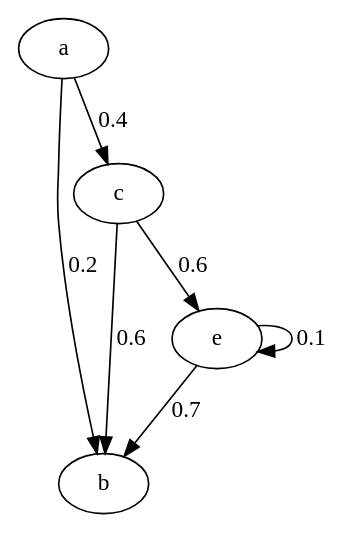
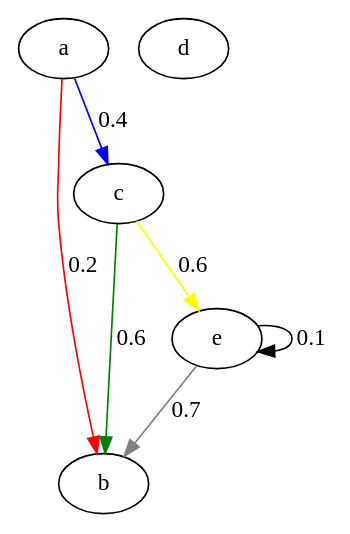
The diagram in grafos/graph_6.dot (gustavomaltanv/grafos), drawn with Graphviz before and after one commit. The commit also changed 8 other files, not shown here.

```diff
--- a/grafos/graph_6.dot
+++ b/grafos/graph_6.dot
@@ -1,8 +1,13 @@
-digraph {
-    a -> b[label="0.2"];
-    a -> c[label="0.4"];
-    c -> b[label="0.6"];
-    c -> e[label="0.6"];
-    e -> e[label="0.1"];
-    e -> b[label="0.7"];
+digraph graph_6 {
+    a;
+    b;
+    c;
+    d;
+    e;
+    a -> b [label="0.2" color="red"];
+    a -> c [label="0.4" color="blue"];
+    c -> b [label="0.6" color="green"];
+    c -> e [label="0.6" color="yellow"];
+    e -> e [label="0.1" color="black"];
+    e -> b [label="0.7" color="gray"];
 }
```
